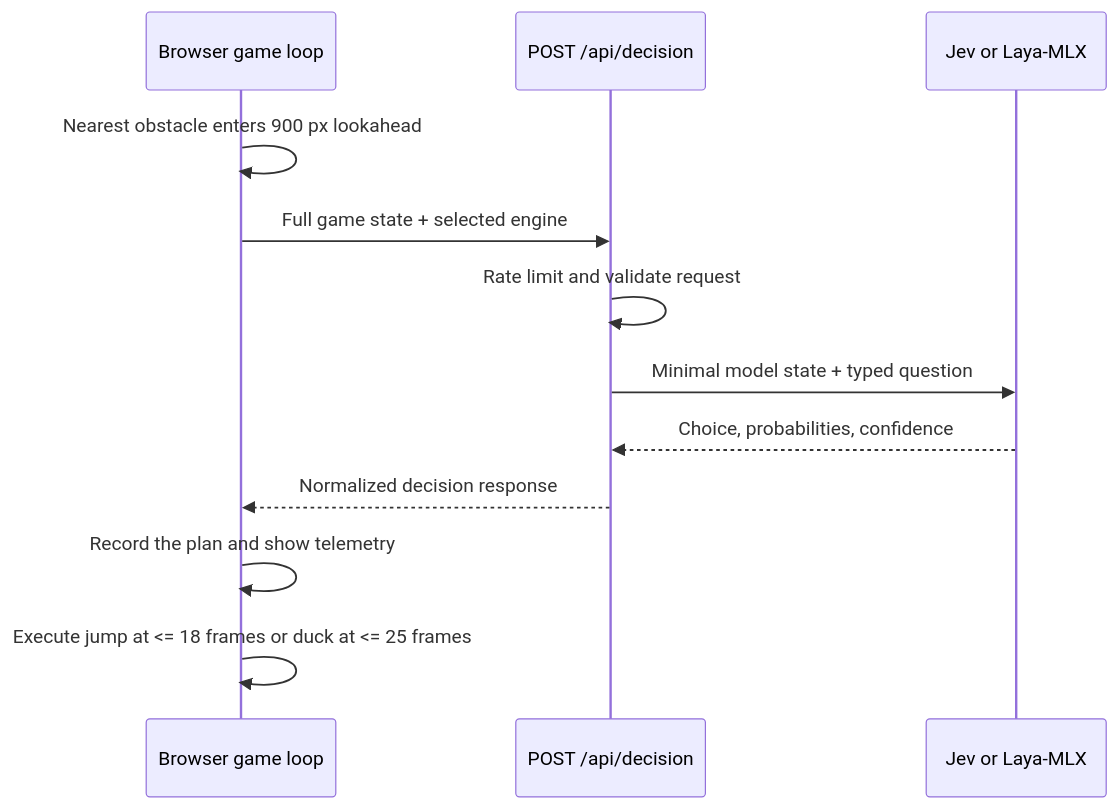
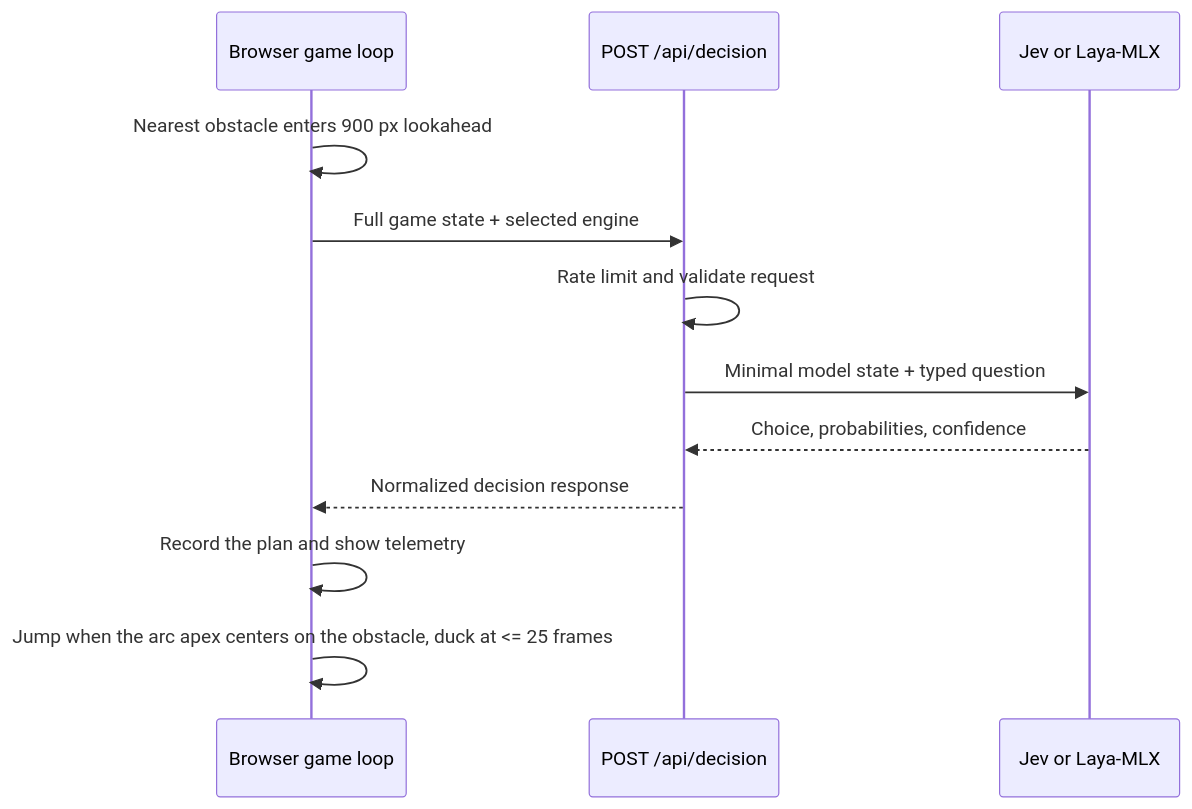
The diagram in README.md (chuongtran-wego/jev_plays_dino), drawn with Mermaid before and after one commit. The commit also changed other lines of this file and 7 other files, not shown here.

````diff
--- a/README.md
+++ b/README.md
@@ -90,15 +96,15 @@
 ```mermaid
 sequenceDiagram
     participant Game as Browser game loop
     participant Go as POST /api/decision
     participant Engine as Jev or Laya-MLX
 
     Game->>Game: Nearest obstacle enters 900 px lookahead
     Game->>Go: Full game state + selected engine
     Go->>Go: Rate limit and validate request
     Go->>Engine: Minimal model state + typed question
     Engine-->>Go: Choice, probabilities, confidence
     Go-->>Game: Normalized decision response
     Game->>Game: Record the plan and show telemetry
-    Game->>Game: Execute jump at <= 18 frames or duck at <= 25 frames
+    Game->>Game: Jump when the arc apex centers on the obstacle, duck at <= 25 frames
 ```
````
